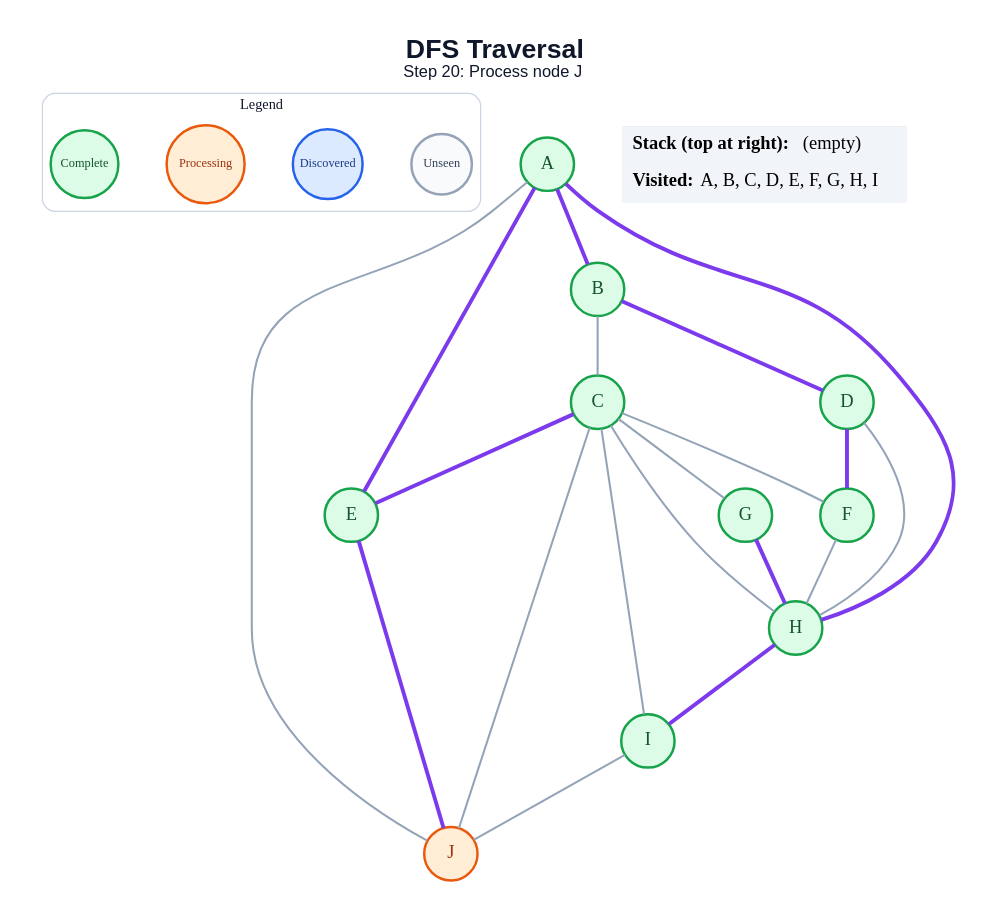
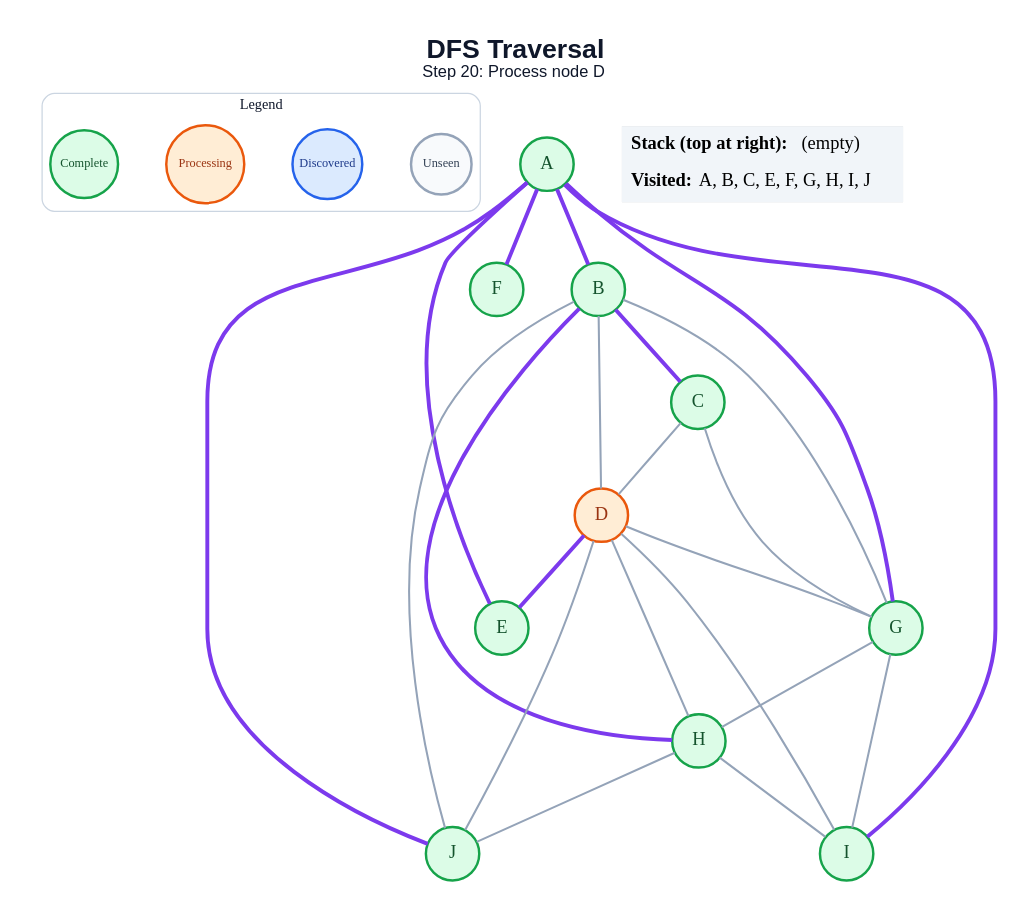
One commit to amanghodawala9/ai-slop changed the diagram in generated/specific-node/dfs/step_20.dot. Above: the diagram before and after it, drawn with Graphviz. The commit also changed 178 other files, not shown here.

```diff
--- a/generated/specific-node/dfs/step_20.dot
+++ b/generated/specific-node/dfs/step_20.dot
@@ -1,48 +1,51 @@
 graph traversal {
   graph [layout=dot, rankdir=TB, bgcolor="#FFFFFF", pad="0.35", nodesep="0.65", ranksep="0.8", fontname="Arial"];
   node [shape=circle, style="filled", fontname="Arial Bold", fontsize=18, width=0.72, fixedsize=true, penwidth=2.4];
   edge [color="#94A3B8", penwidth=2.0];
-  label=<<B>DFS Traversal</B><BR/><FONT POINT-SIZE="16">Step 20: Process node J</FONT>>; labelloc="t"; fontsize=26; fontname="Arial"; fontcolor="#0F172A";
+  label=<<B>DFS Traversal</B><BR/><FONT POINT-SIZE="16">Step 20: Process node D</FONT>>; labelloc="t"; fontsize=26; fontname="Arial"; fontcolor="#0F172A";
   subgraph cluster_legend { label="Legend"; color="#CBD5E1"; penwidth=1.2; style="rounded"; fontsize=14; fontname="Arial Bold";
     key_unseen [label="Unseen", fillcolor="#F8FAFC", color="#94A3B8", fontcolor="#334155", fontsize=12, width=0.82];
     key_frontier [label="Discovered", fillcolor="#DBEAFE", color="#2563EB", fontcolor="#1E3A8A", fontsize=12, width=0.95];
     key_current [label="Processing", fillcolor="#FFEDD5", color="#EA580C", fontcolor="#9A3412", fontsize=12, width=1.05];
     key_done [label="Complete", fillcolor="#DCFCE7", color="#16A34A", fontcolor="#14532D", fontsize=12, width=0.92];
     { rank=same; key_unseen; key_frontier; key_current; key_done; }
   }
   A [fillcolor="#DCFCE7", color="#16A34A", fontcolor="#14532D"];
   B [fillcolor="#DCFCE7", color="#16A34A", fontcolor="#14532D"];
   C [fillcolor="#DCFCE7", color="#16A34A", fontcolor="#14532D"];
-  D [fillcolor="#DCFCE7", color="#16A34A", fontcolor="#14532D"];
+  D [fillcolor="#FFEDD5", color="#EA580C", fontcolor="#9A3412"];
   E [fillcolor="#DCFCE7", color="#16A34A", fontcolor="#14532D"];
   F [fillcolor="#DCFCE7", color="#16A34A", fontcolor="#14532D"];
   G [fillcolor="#DCFCE7", color="#16A34A", fontcolor="#14532D"];
   H [fillcolor="#DCFCE7", color="#16A34A", fontcolor="#14532D"];
   I [fillcolor="#DCFCE7", color="#16A34A", fontcolor="#14532D"];
-  J [fillcolor="#FFEDD5", color="#EA580C", fontcolor="#9A3412"];
+  J [fillcolor="#DCFCE7", color="#16A34A", fontcolor="#14532D"];
   A -- B [color="#7C3AED", penwidth=3.8];
   A -- E [color="#7C3AED", penwidth=3.8];
-  A -- H [color="#7C3AED", penwidth=3.8];
-  A -- J;
-  B -- C;
-  B -- D [color="#7C3AED", penwidth=3.8];
-  C -- E [color="#7C3AED", penwidth=3.8];
-  C -- F;
+  A -- F [color="#7C3AED", penwidth=3.8];
+  A -- G [color="#7C3AED", penwidth=3.8];
+  A -- I [color="#7C3AED", penwidth=3.8];
+  A -- J [color="#7C3AED", penwidth=3.8];
+  B -- C [color="#7C3AED", penwidth=3.8];
+  B -- D;
+  B -- G;
+  B -- H [color="#7C3AED", penwidth=3.8];
+  B -- J;
+  C -- D;
   C -- G;
-  C -- H;
-  C -- I;
-  C -- J;
-  D -- F [color="#7C3AED", penwidth=3.8];
+  D -- E [color="#7C3AED", penwidth=3.8];
+  D -- G;
   D -- H;
-  E -- J [color="#7C3AED", penwidth=3.8];
-  F -- H;
-  G -- H [color="#7C3AED", penwidth=3.8];
-  H -- I [color="#7C3AED", penwidth=3.8];
-  I -- J;
+  D -- I;
+  D -- J;
+  G -- H;
+  G -- I;
+  H -- I;
+  H -- J;
   status [shape=plain, fixedsize=false, width=0, height=0, margin=0, label=<
     <TABLE BORDER="0" CELLBORDER="0" CELLPADDING="7" BGCOLOR="#F1F5F9">
       <TR><TD ALIGN="LEFT"><B>Stack (top at right):</B> (empty)</TD></TR>
-      <TR><TD ALIGN="LEFT"><B>Visited:</B> A, B, C, D, E, F, G, H, I</TD></TR>
+      <TR><TD ALIGN="LEFT"><B>Visited:</B> A, B, C, E, F, G, H, I, J</TD></TR>
     </TABLE>
   >];
 }
```
